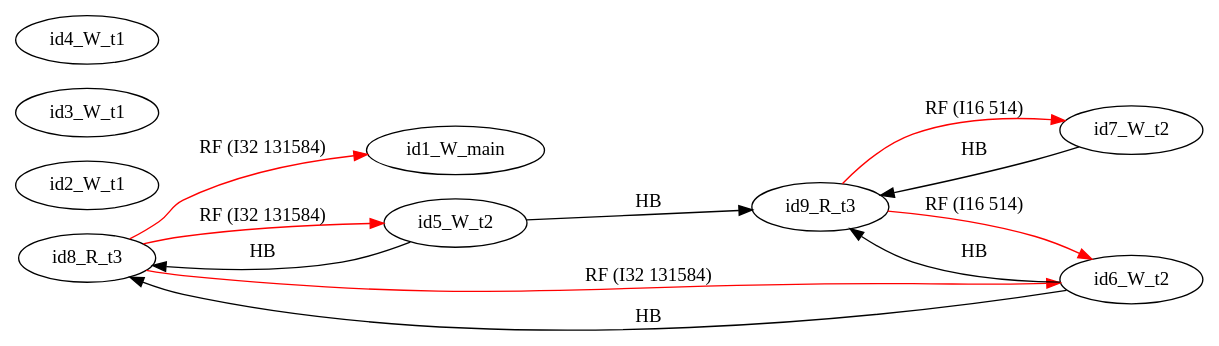
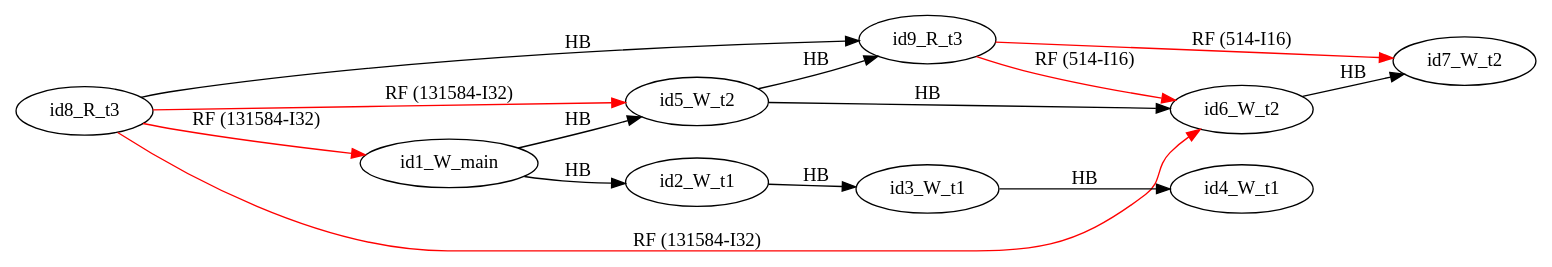
The diagram in examples/single_var/sv_simple19/mm49.dot (FMJS/EMME), drawn with Graphviz before and after one commit. The commit also changed 242 other files, not shown here.

```diff
--- a/examples/single_var/sv_simple19/mm49.dot
+++ b/examples/single_var/sv_simple19/mm49.dot
@@ -1,23 +1,26 @@
 digraph memory_model {
 rankdir=LR;
 splines=true; esep=0.5;
-id8_R_t3 -> id1_W_main [label = "RF (I32 131584)", color="red"];
-id8_R_t3 -> id5_W_t2 [label = "RF (I32 131584)", color="red"];
-id8_R_t3 -> id6_W_t2 [label = "RF (I32 131584)", color="red"];
-id9_R_t3 -> id6_W_t2 [label = "RF (I16 514)", color="red"];
-id9_R_t3 -> id7_W_t2 [label = "RF (I16 514)", color="red"];
-id5_W_t2 -> id8_R_t3 [label = "HB", color="black"];
+id8_R_t3 -> id1_W_main [label = "RF (131584-I32)", color="red"];
+id8_R_t3 -> id5_W_t2 [label = "RF (131584-I32)", color="red"];
+id8_R_t3 -> id6_W_t2 [label = "RF (131584-I32)", color="red"];
+id9_R_t3 -> id6_W_t2 [label = "RF (514-I16)", color="red"];
+id9_R_t3 -> id7_W_t2 [label = "RF (514-I16)", color="red"];
+id2_W_t1 -> id3_W_t1 [label = "HB", color="black"];
+id3_W_t1 -> id4_W_t1 [label = "HB", color="black"];
+id5_W_t2 -> id6_W_t2 [label = "HB", color="black"];
+id6_W_t2 -> id7_W_t2 [label = "HB", color="black"];
+id8_R_t3 -> id9_R_t3 [label = "HB", color="black"];
+id1_W_main -> id2_W_t1 [label = "HB", color="black"];
+id1_W_main -> id5_W_t2 [label = "HB", color="black"];
 id5_W_t2 -> id9_R_t3 [label = "HB", color="black"];
-id6_W_t2 -> id8_R_t3 [label = "HB", color="black"];
-id6_W_t2 -> id9_R_t3 [label = "HB", color="black"];
-id7_W_t2 -> id9_R_t3 [label = "HB", color="black"];
 id1_W_main [pos="5.0,6!"]
 id2_W_t1 [pos="0,4!"]
 id3_W_t1 [pos="0,2!"]
 id4_W_t1 [pos="0,0!"]
 id5_W_t2 [pos="5,4!"]
 id6_W_t2 [pos="5,2!"]
 id7_W_t2 [pos="5,0!"]
 id8_R_t3 [pos="10,4!"]
 id9_R_t3 [pos="10,2!"]
 }
```
